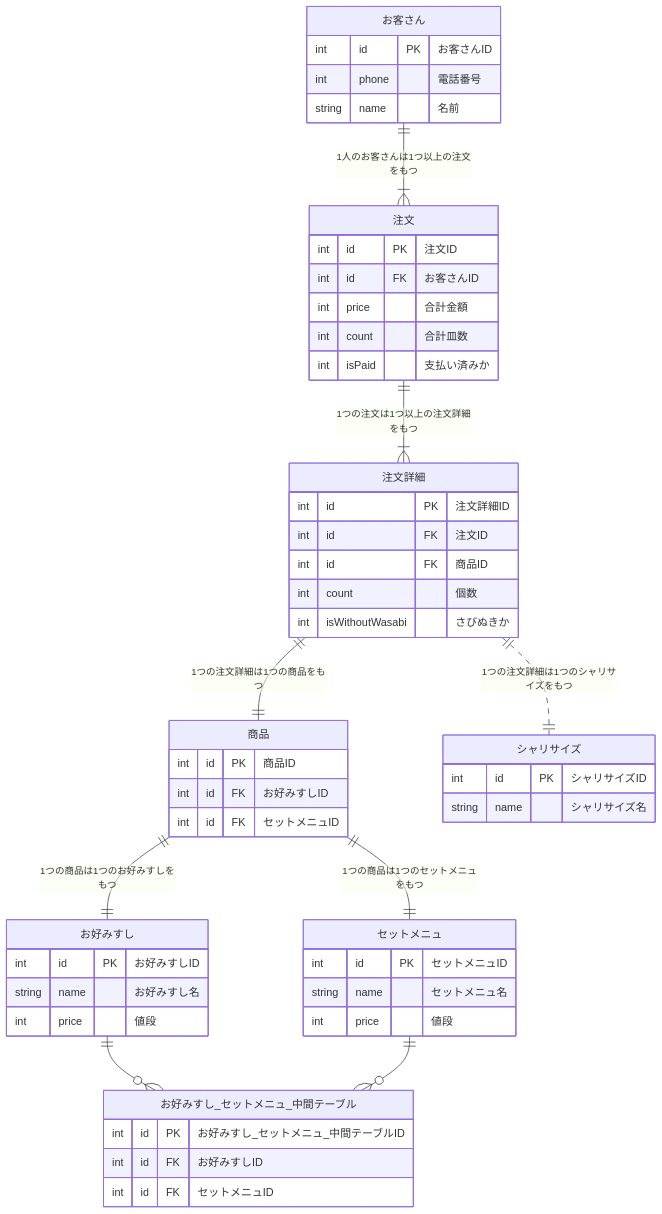
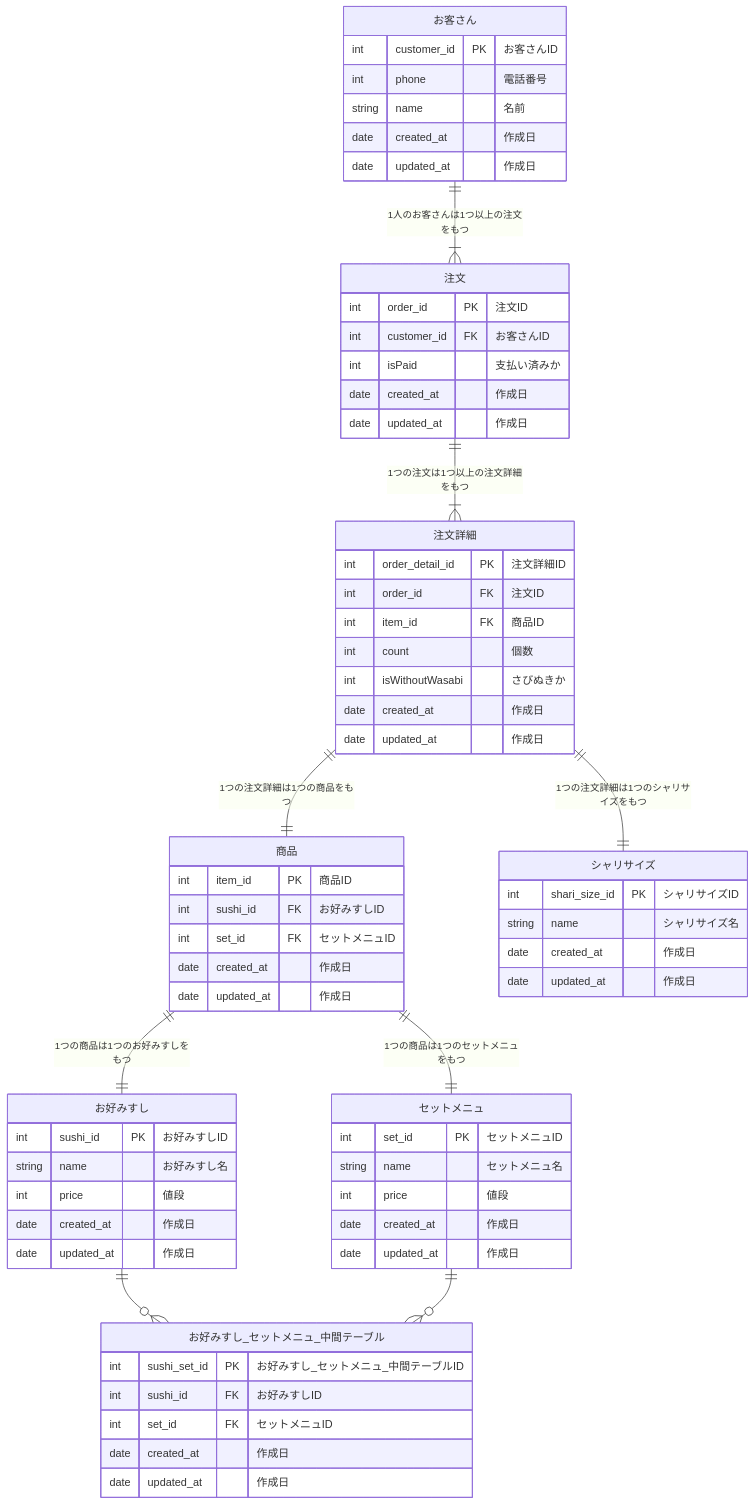
One commit to praha-inc/praha-challenge-7 changed the diagram in F0yWy8HaLlWoST/01_データベース設計/01_DBモデリング1/kadai_02.md. Above: the diagram before and after it, drawn with Mermaid.

Commit message:
fix: 作成日等追加、合計金額等削除

````diff
--- a/F0yWy8HaLlWoST/01_データベース設計/01_DBモデリング1/kadai_02.md
+++ b/F0yWy8HaLlWoST/01_データベース設計/01_DBモデリング1/kadai_02.md
@@ -3,63 +3,77 @@
 ```mermaid
 erDiagram
 
   "お客さん" {
-    int id PK "お客さんID"
+    int customer_id PK "お客さんID"
     int phone "電話番号"
     string name "名前"
+    date created_at "作成日"
+    date updated_at "作成日"
   }
 
   "商品" {
-    int id PK "商品ID"
-    int id FK "お好みすしID"
-    int id FK "セットメニュID"
+    int item_id PK "商品ID"
+    int sushi_id FK "お好みすしID"
+    int set_id FK "セットメニュID"
+    date created_at "作成日"
+    date updated_at "作成日"
   }
 
   "お好みすし" {
-    int id PK "お好みすしID"
+    int sushi_id PK "お好みすしID"
     string name "お好みすし名"
     int price "値段"
+    date created_at "作成日"
+    date updated_at "作成日"
   }
 
   "セットメニュ" {
-    int id PK "セットメニュID"
+    int set_id PK "セットメニュID"
     string name "セットメニュ名"
     int price "値段"
+    date created_at "作成日"
+    date updated_at "作成日"
   }
 
   "お好みすし_セットメニュ_中間テーブル" {
-    int id PK "お好みすし_セットメニュ_中間テーブルID"
-    int id FK "お好みすしID"
-    int id FK "セットメニュID"
+    int sushi_set_id PK "お好みすし_セットメニュ_中間テーブルID"
+    int sushi_id FK "お好みすしID"
+    int set_id FK "セットメニュID"
+    date created_at "作成日"
+    date updated_at "作成日"
   }
 
   "注文" {
-    int id PK "注文ID"
-    int id FK "お客さんID"
-    int price "合計金額"
-    int count "合計皿数"
+    int order_id PK "注文ID"
+    int customer_id FK "お客さんID"
     int isPaid "支払い済みか"
+    date created_at "作成日"
+    date updated_at "作成日"
   }
 
   "注文詳細" {
-    int id PK "注文詳細ID"
-    int id FK "注文ID"
-    int id FK "商品ID"
+    int order_detail_id PK "注文詳細ID"
+    int order_id FK "注文ID"
+    int item_id FK "商品ID"
     int count "個数"
     int isWithoutWasabi "さびぬきか"
+    date created_at "作成日"
+    date updated_at "作成日"
   }
 
   "シャリサイズ" {
-    int id PK "シャリサイズID"
+    int shari_size_id PK "シャリサイズID"
     string name "シャリサイズ名"
+    date created_at "作成日"
+    date updated_at "作成日"
   }
 
   "お客さん" ||--|{ "注文": "1人のお客さんは1つ以上の注文をもつ"
   "注文" ||--|{ "注文詳細": "1つの注文は1つ以上の注文詳細をもつ"
   "注文詳細" ||--|| "商品": "1つの注文詳細は1つの商品をもつ"
   "商品" ||--|| "お好みすし": "1つの商品は1つのお好みすしをもつ"
   "商品" ||--|| "セットメニュ": "1つの商品は1つのセットメニュをもつ"
   "お好みすし" ||--o{ "お好みすし_セットメニュ_中間テーブル": ""
   "セットメニュ" ||--o{ "お好みすし_セットメニュ_中間テーブル": ""
-  "注文詳細" ||..|| "シャリサイズ": "1つの注文詳細は1つのシャリサイズをもつ"
+  "注文詳細" ||--|| "シャリサイズ": "1つの注文詳細は1つのシャリサイズをもつ"
 ```
````
